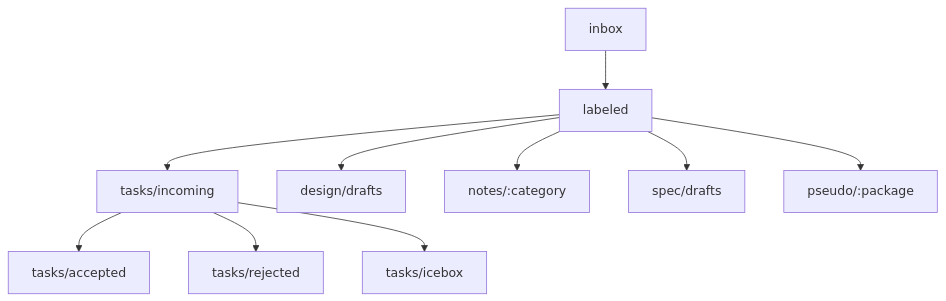
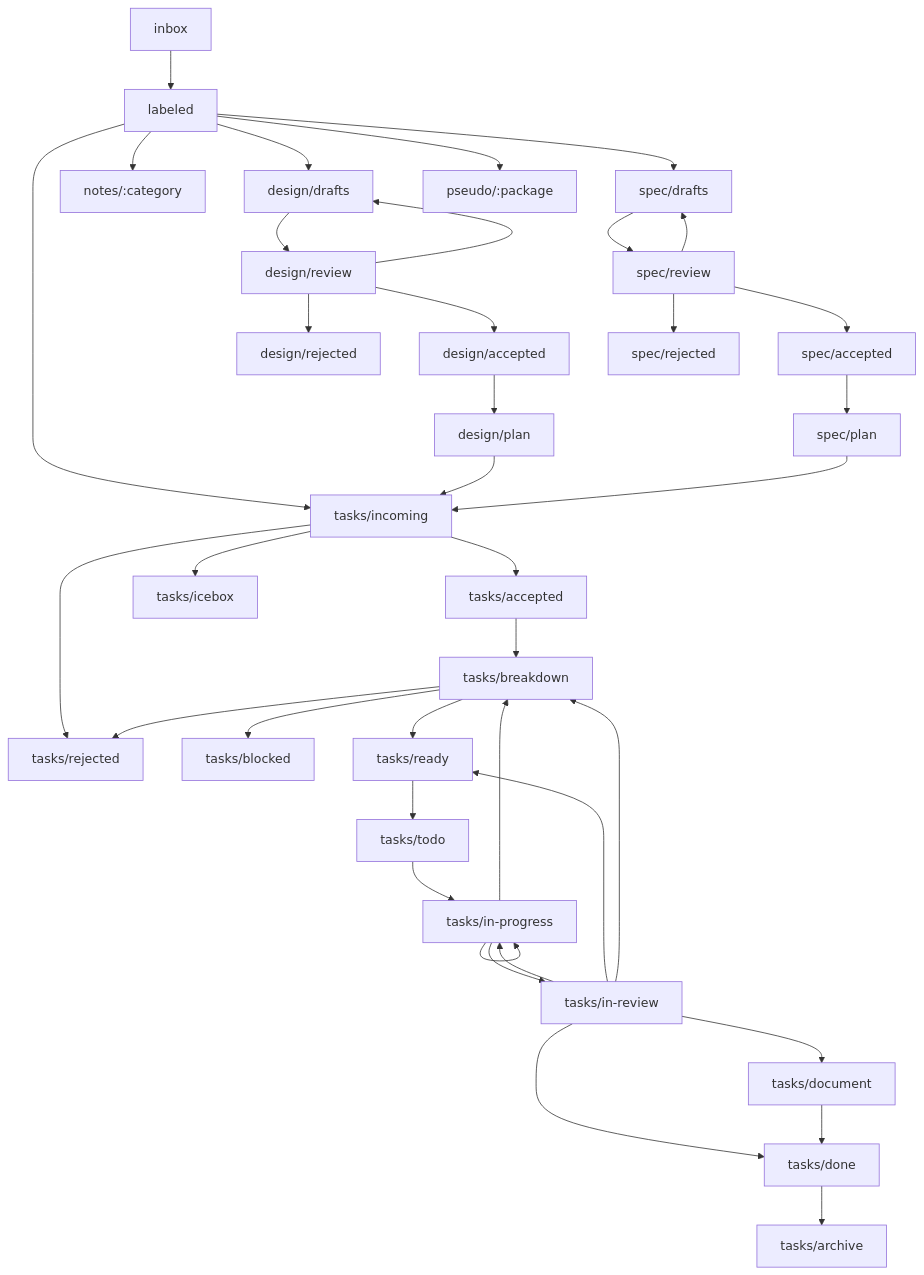
One commit to octave-commons/promethean changed the diagram in docs/inbox/2025.09.21.12.49.02.md. Above: the diagram before and after it, drawn with Mermaid. The commit also changed other lines of this file and 4 other files, not shown here.

````diff
--- a/docs/inbox/2025.09.21.12.49.02.md
+++ b/docs/inbox/2025.09.21.12.49.02.md
@@ -3,13 +3,45 @@
 ```mermaid
 flowchart TD
 
 inbox --> labeled
 labeled --> tasks/incoming
 labeled --> design/drafts
 labeled --> notes/:category
 labeled --> spec/drafts
 labeled --> pseudo/:package
+design/drafts --> design/review
+design/review --> design/accepted
+design/review --> design/rejected
+design/review --> design/drafts
+design/accepted --> design/plan
+design/plan --> tasks/incoming
+
+
+spec/drafts --> spec/review
+spec/review --> spec/accepted
+spec/review --> spec/rejected
+spec/review --> spec/drafts
+spec/accepted --> spec/plan
+spec/plan --> tasks/incoming
+
 tasks/incoming --> tasks/accepted
 tasks/incoming --> tasks/rejected
 tasks/incoming --> tasks/icebox
+tasks/accepted --> tasks/breakdown
+tasks/breakdown --> tasks/rejected
+tasks/breakdown --> tasks/blocked
+tasks/breakdown --> tasks/ready
+tasks/ready --> tasks/todo
+tasks/todo --> tasks/in-progress
+
+tasks/in-progress --> tasks/in-progress
+tasks/in-progress --> tasks/in-review
+tasks/in-progress --> tasks/breakdown
+tasks/in-review --> tasks/document
+tasks/in-review --> tasks/in-progress
+tasks/in-review --> tasks/ready
+tasks/in-review --> tasks/done
+tasks/in-review --> tasks/breakdown
+tasks/document --> tasks/done
+tasks/done --> tasks/archive
 ```
````
